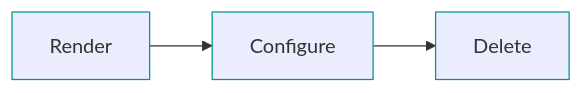
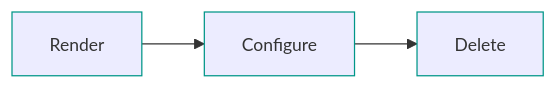
The diagram in docs/ansible/overview.md (netascode/terraform-aci-nac-aci), drawn with Mermaid before and after one commit. The commit also changed other lines of this file and 15 other files, not shown here.

````diff
--- a/docs/ansible/overview.md
+++ b/docs/ansible/overview.md
@@ -30,6 +31,6 @@
 ```mermaid
-%%{init: {'themeVariables': {'nodeBorder': '#009688'}}}%%
+%%{init: {'themeVariables': {'nodeBorder': '#009688', 'fontSize': '14px', 'fontFamily': 'Roboto'}}}%%
 graph LR
     Render --> Configure
     Configure --> Delete
 ```
````
